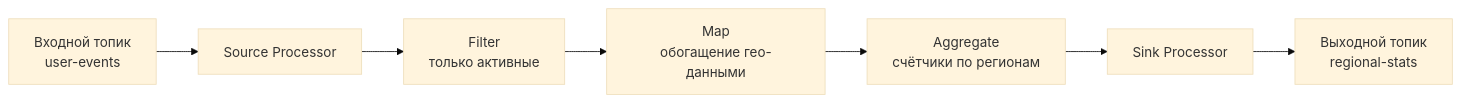
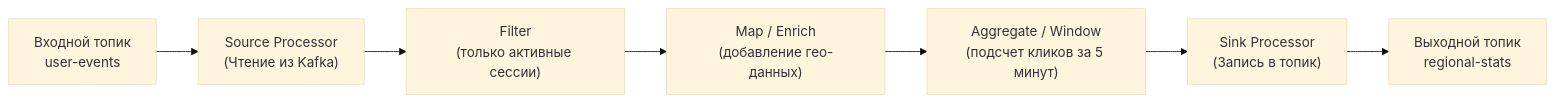
Before and after one commit to UnrealTemplier/go-textbook: the first of 4 diagrams in sources/13. Очереди, брокеры сообщений и оркестраторы/03. Kafka/9. Kafka Streams.md, drawn with Mermaid (base theme). The commit also changed other lines of this file, not shown here.

Commit message:
feat(module-13): editorial rewrite of lecture 9 in Subsection 3 (Kafka) in Kernighan style

````diff
--- a/sources/13. Очереди, брокеры сообщений и оркестраторы/03. Kafka/9. Kafka Streams.md
+++ b/sources/13. Очереди, брокеры сообщений и оркестраторы/03. Kafka/9. Kafka Streams.md
@@ -17,9 +34,9 @@
 ```mermaid
 flowchart LR
-    IT["Входной топик<br>user-events"] --> Source["Source Processor"]
-    Source --> Filter["Filter<br>только активные"]
-    Filter --> Map["Map<br>обогащение гео-данными"]
-    Map --> Agg["Aggregate<br>счётчики по регионам"]
-    Agg --> Sink["Sink Processor"]
+    IT["Входной топик<br>user-events"] --> Source["Source Processor<br>(Чтение из Kafka)"]
+    Source --> Filter["Filter<br>(только активные сессии)"]
+    Filter --> Map["Map / Enrich<br>(добавление гео-данных)"]
+    Map --> Agg["Aggregate / Window<br>(подсчет кликов за 5 минут)"]
+    Agg --> Sink["Sink Processor<br>(Запись в топик)"]
     Sink --> OT["Выходной топик<br>regional-stats"]
 ```
````
